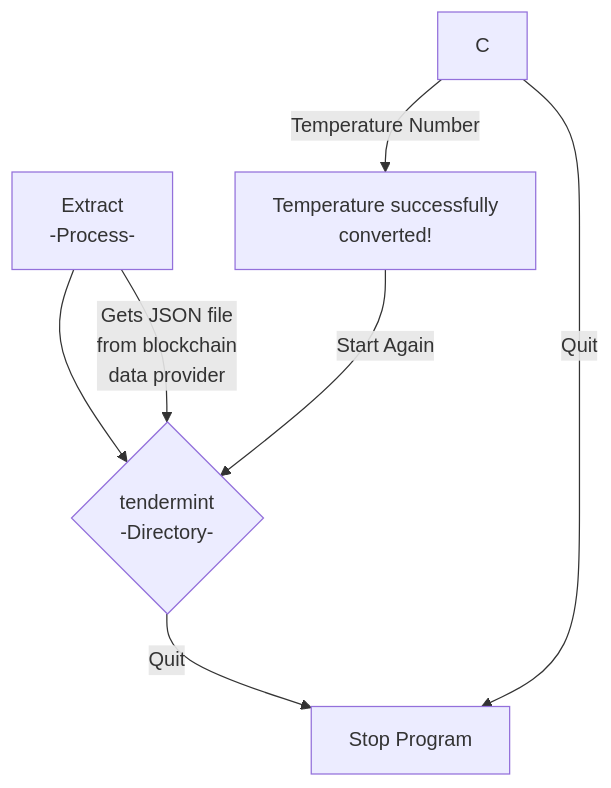
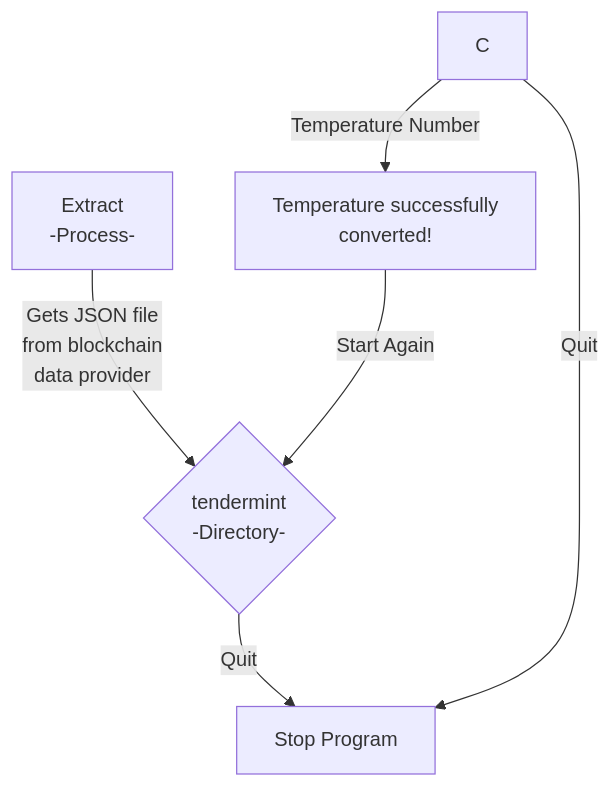
One commit to patmcfarland/one changed the diagram in README.md. Above: the diagram before and after it, drawn with Mermaid.

````diff
--- a/README.md
+++ b/README.md
@@ -1,9 +1,9 @@
 ```mermaid
 flowchart TD
-A[Extract<br>-Process-] -->B{tendermint<br>-Directory-}
+A[Extract<br>-Process-]
 A -- Gets JSON file<br>from blockchain<br>data provider -->B{tendermint<br>-Directory-}
 C -- Temperature Number --> D[Temperature successfully<br>converted!] 
 D -- Start Again -->B
 B -- Quit --> E[Stop Program]
 C -- Quit --> E
 ```
````
